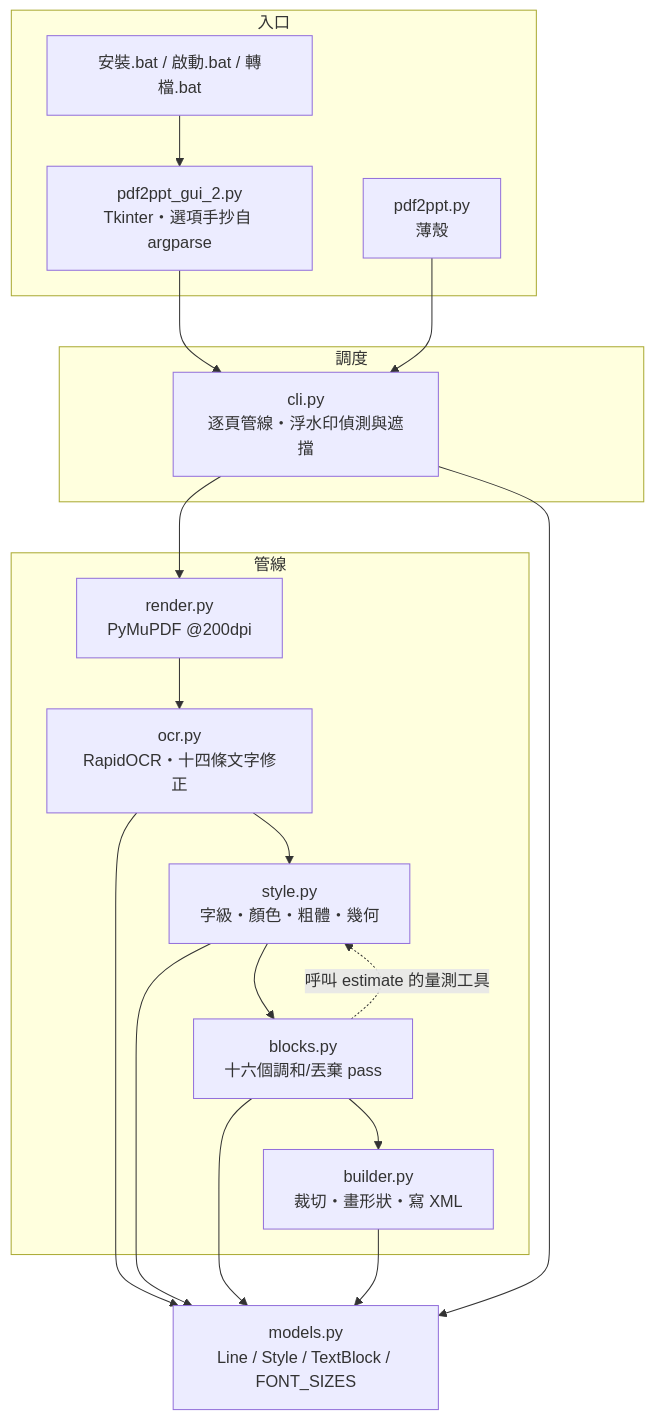
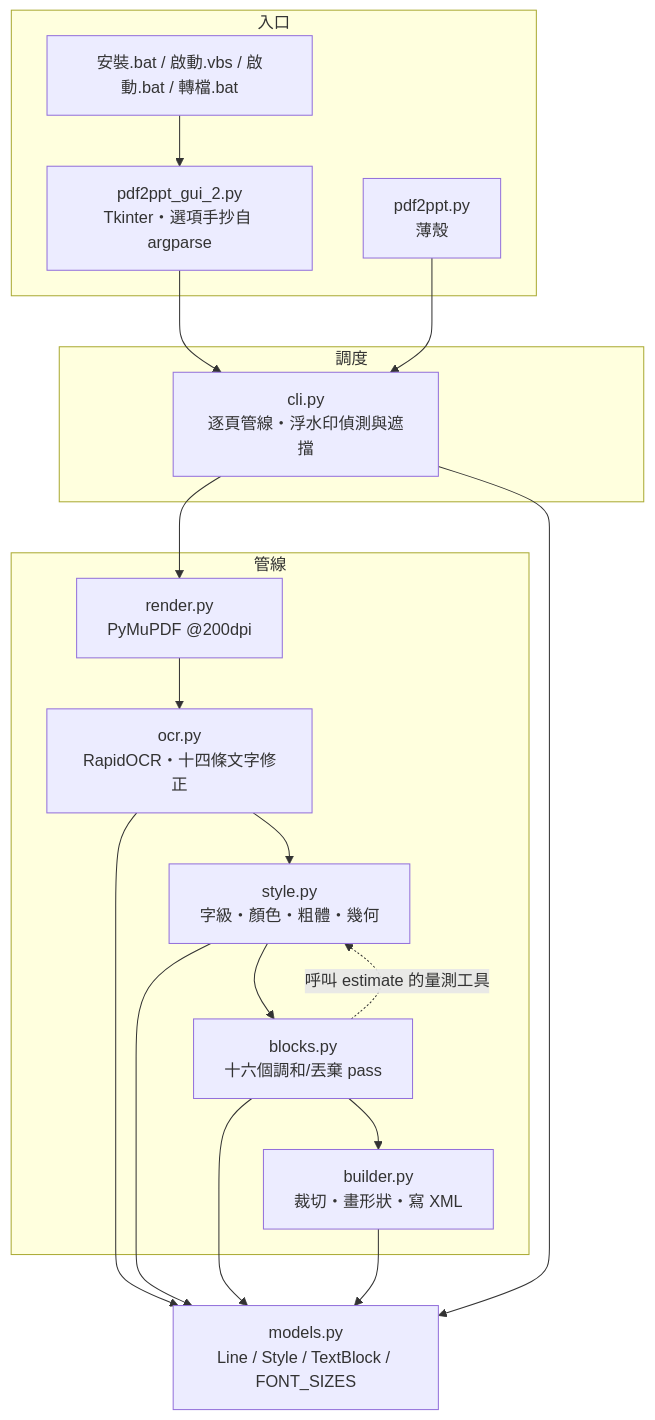
One commit to VincentLiang1/NotebookLM_OCR changed the diagram in docs/系統規格.md. Above: the diagram before and after it, drawn with Mermaid. The commit also changed 14 other files, not shown here.

````diff
--- a/docs/系統規格.md
+++ b/docs/系統規格.md
@@ -27,25 +27,25 @@
 ```mermaid
 flowchart TD
     subgraph 入口
-        BAT["安裝.bat / 啟動.bat / 轉檔.bat"]
+        BAT["安裝.bat / 啟動.vbs / 啟動.bat / 轉檔.bat"]
         GUI["pdf2ppt_gui_2.py<br/>Tkinter・選項手抄自 argparse"]
         CLIENT["pdf2ppt.py<br/>薄殼"]
     end
     subgraph 調度
         CLI["cli.py<br/>逐頁管線・浮水印偵測與遮擋"]
     end
     subgraph 管線
         RENDER["render.py<br/>PyMuPDF @200dpi"]
         OCR["ocr.py<br/>RapidOCR・十四條文字修正"]
         STYLE["style.py<br/>字級・顏色・粗體・幾何"]
         BLOCKS["blocks.py<br/>十六個調和/丟棄 pass"]
         BUILDER["builder.py<br/>裁切・畫形狀・寫 XML"]
     end
     MODELS["models.py<br/>Line / Style / TextBlock / FONT_SIZES"]
 
     BAT --> GUI --> CLI
     CLIENT --> CLI
     CLI --> RENDER --> OCR --> STYLE --> BLOCKS --> BUILDER
     OCR & STYLE & BLOCKS & BUILDER & CLI --> MODELS
     BLOCKS -.呼叫 estimate 的量測工具.-> STYLE
 ```
````
